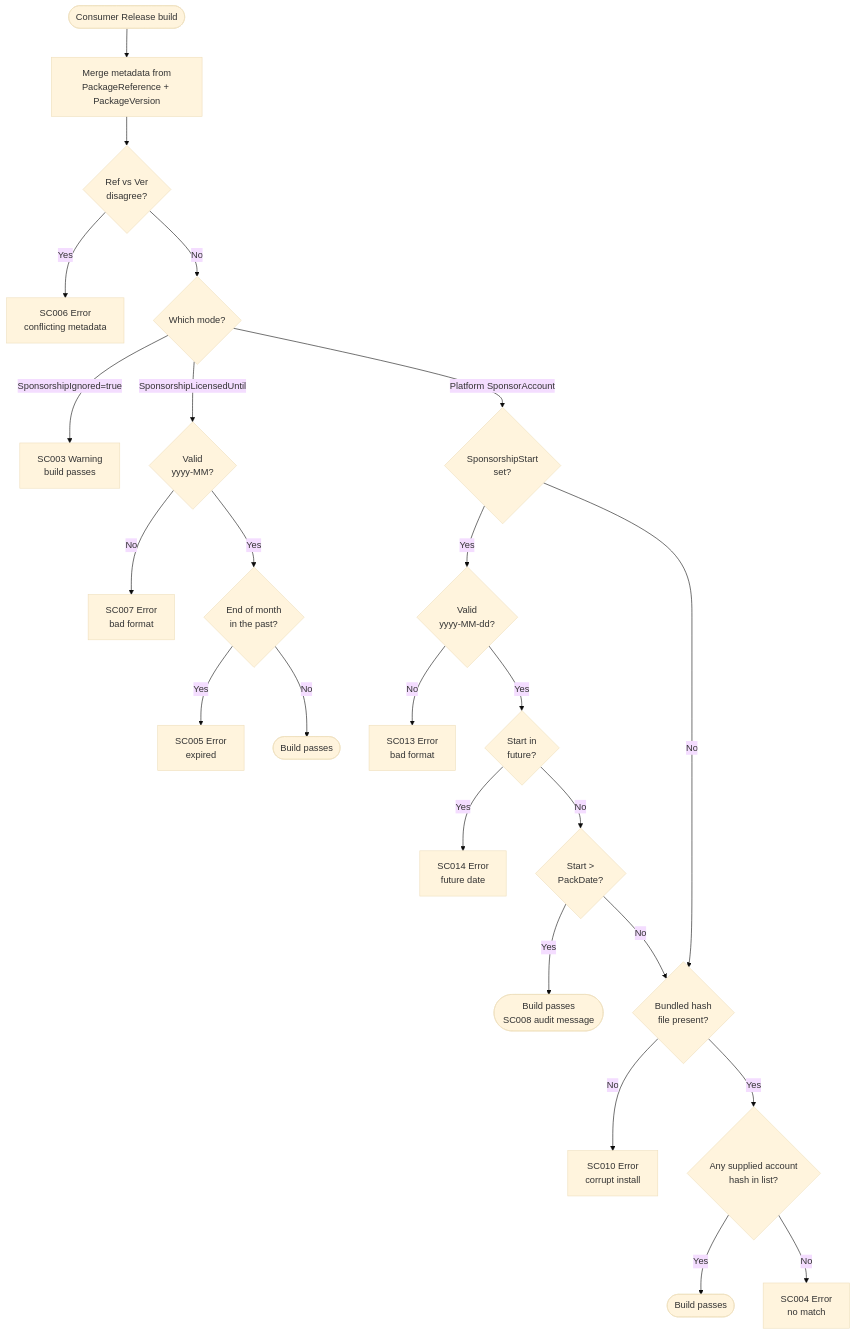
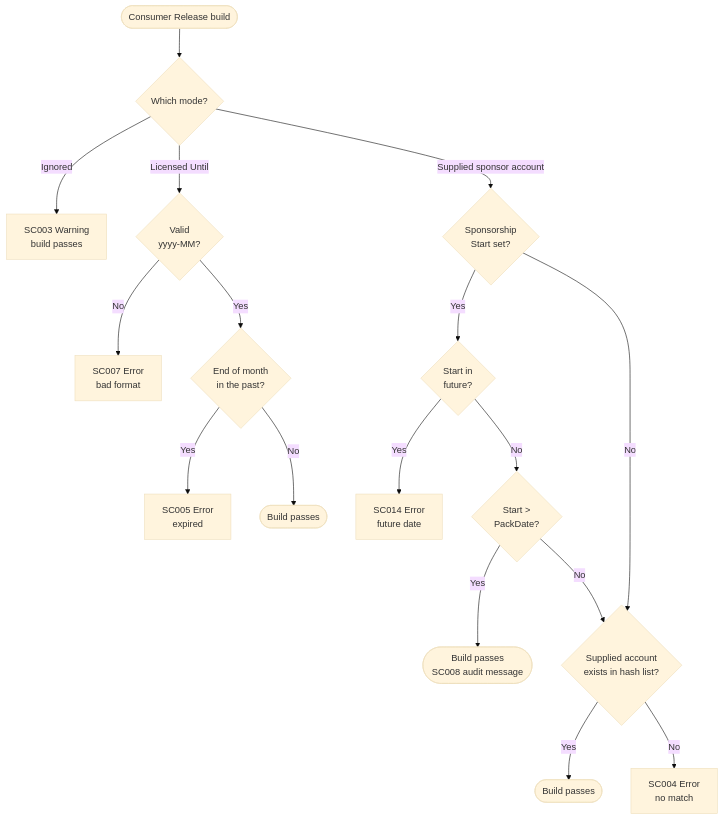
The diagram in readme.md (SimonCropp/SponsorCheck), drawn with Mermaid (base theme) before and after one commit. The commit also changed other lines of this file and 9 other files, not shown here.

````diff
--- a/readme.md
+++ b/readme.md
@@ -232,31 +237,24 @@
 ```mermaid
 flowchart TD
-    Start([Consumer Release build]) --> Merge[Merge metadata from<br/>PackageReference + PackageVersion]
-    Merge --> Conflict{Ref vs Ver<br/>disagree?}
-    Conflict -->|Yes| SC006[SC006 Error<br/>conflicting metadata]
-    Conflict -->|No| Which{Which mode?}
+    Start([Consumer Release build]) --> Which{Which mode?}
 
-    Which -->|SponsorshipIgnored=true| SC003[SC003 Warning<br/>build passes]
+    Which -->|Ignored| SC003[SC003 Warning<br/>build passes]
 
-    Which -->|SponsorshipLicensedUntil| ParseYM{Valid<br/>yyyy-MM?}
+    Which -->|Licensed Until| ParseYM{Valid<br/>yyyy-MM?}
     ParseYM -->|No| SC007[SC007 Error<br/>bad format]
     ParseYM -->|Yes| Expired{End of month<br/>in the past?}
     Expired -->|Yes| SC005[SC005 Error<br/>expired]
     Expired -->|No| PassLicense([Build passes])
 
-    Which -->|Platform SponsorAccount| HasStart{SponsorshipStart<br/>set?}
-    HasStart -->|Yes| ParseStart{Valid<br/>yyyy-MM-dd?}
-    ParseStart -->|No| SC013[SC013 Error<br/>bad format]
-    ParseStart -->|Yes| Future{Start in<br/>future?}
+    Which -->|Supplied sponsor account| HasStart{Sponsorship<br/>Start set?}
+    HasStart -->|Yes| Future{Start in<br/>future?}
     Future -->|Yes| SC014[SC014 Error<br/>future date]
     Future -->|No| AfterPack{Start &gt;<br/>PackDate?}
     AfterPack -->|Yes| PassAttest([Build passes<br/>SC008 audit message])
-    AfterPack -->|No| HashFile
-    HasStart -->|No| HashFile
+    AfterPack -->|No| Match
+    HasStart -->|No| Match
 
-    HashFile{Bundled hash<br/>file present?}
-    HashFile -->|No| SC010[SC010 Error<br/>corrupt install]
-    HashFile -->|Yes| Match{Any supplied account<br/>hash in list?}
+    Match{Supplied account<br/>exists in hash list?}
     Match -->|Yes| PassSponsor([Build passes])
     Match -->|No| SC004[SC004 Error<br/>no match]
 ```
````
